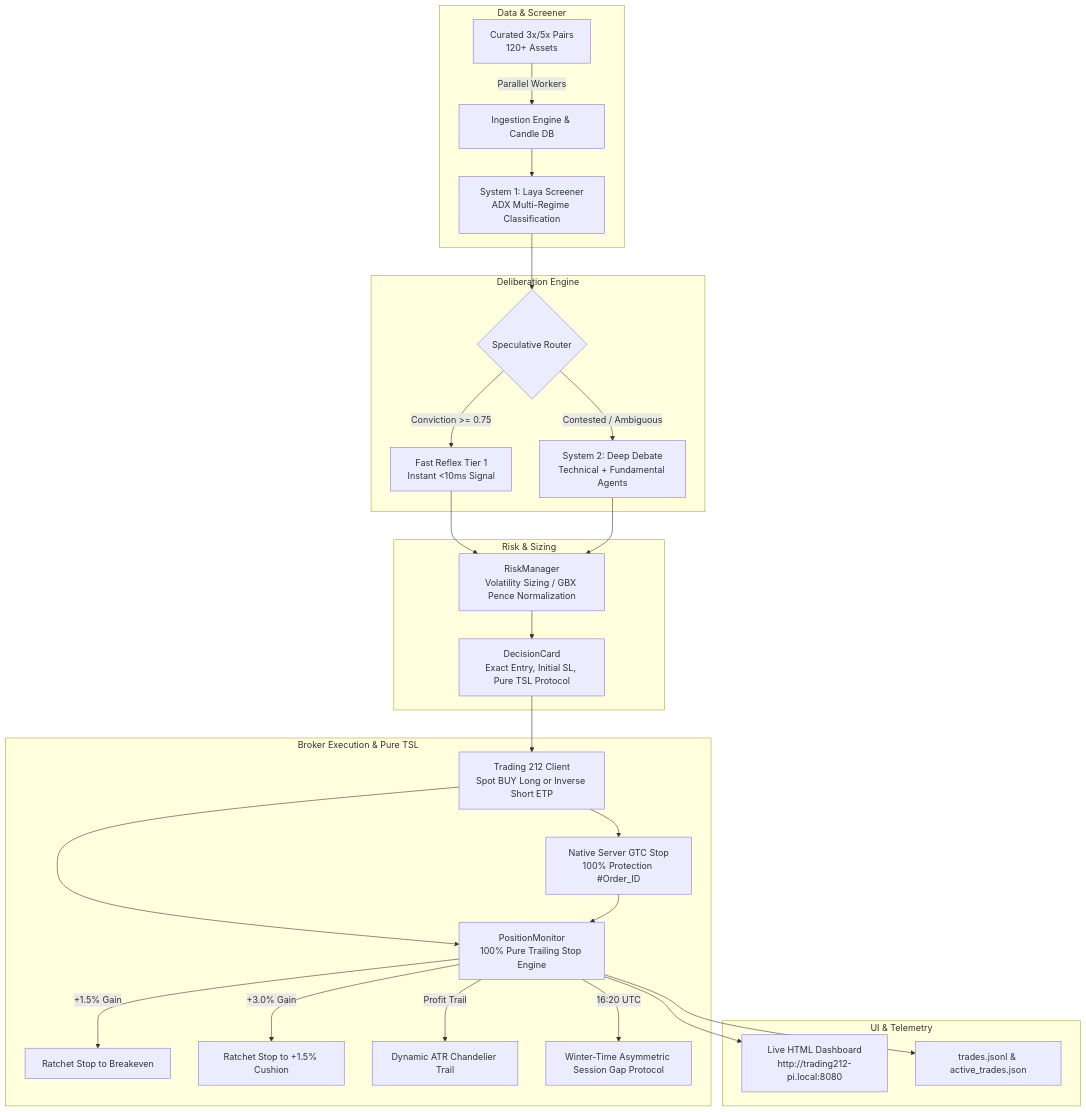
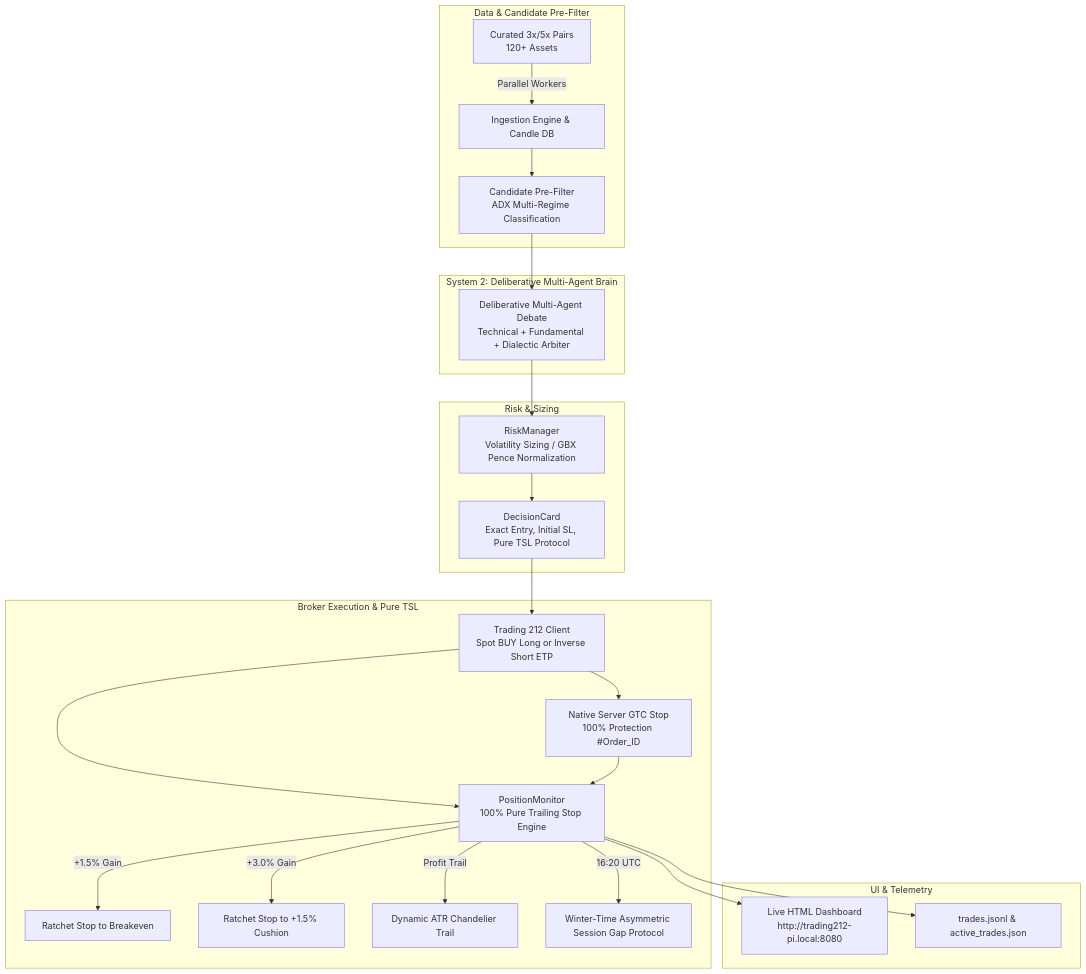
The diagram in README.md (shahpratik1/leverage_t212), drawn with Mermaid before and after one commit. The commit also changed other lines of this file and 10 other files, not shown here.

Commit message:
refactor(architecture): remove System 1 fast reflex bypass in favor of unified System 2 Deliberative Brain

````diff
--- a/README.md
+++ b/README.md
@@ -42,35 +42,32 @@
 ```mermaid
 flowchart TD
-    subgraph Data & Screener
+    subgraph Data & Candidate Pre-Filter
         U[Curated 3x/5x Pairs\n120+ Assets] -->|Parallel Workers| S[Ingestion Engine & Candle DB]
-        S --> L1[System 1: Laya Screener\nADX Multi-Regime Classification]
+        S --> L1[Candidate Pre-Filter\nADX Multi-Regime Classification]
     end
 
-    subgraph Deliberation Engine
-        L1 --> R{Speculative Router}
-        R -->|Conviction >= 0.75| REFLEX[Fast Reflex Tier 1\nInstant <10ms Signal]
-        R -->|Contested / Ambiguous| DEEP[System 2: Deep Debate\nTechnical + Fundamental Agents]
+    subgraph System 2: Deliberative Multi-Agent Brain
+        L1 --> DEEP[Deliberative Multi-Agent Debate\nTechnical + Fundamental + Dialectic Arbiter]
     end
 
     subgraph Risk & Sizing
-        REFLEX --> RISK[RiskManager\nVolatility Sizing / GBX Pence Normalization]
-        DEEP --> RISK
+        DEEP --> RISK[RiskManager\nVolatility Sizing / GBX Pence Normalization]
         RISK --> CARD[DecisionCard\nExact Entry, Initial SL, Pure TSL Protocol]
     end
 
     subgraph Broker Execution & Pure TSL
         CARD --> T212[Trading 212 Client\nSpot BUY Long or Inverse Short ETP]
         T212 --> STOP[Native Server GTC Stop\n100% Protection #Order_ID]
         T212 --> MON[PositionMonitor\n100% Pure Trailing Stop Engine]
         STOP --> MON
         MON -->|+1.5% Gain| BE[Ratchet Stop to Breakeven]
         MON -->|+3.0% Gain| CUSH[Ratchet Stop to +1.5% Cushion]
         MON -->|Profit Trail| ATR[Dynamic ATR Chandelier Trail]
         MON -->|16:20 UTC| ASYM[Winter-Time Asymmetric Session Gap Protocol]
     end
 
     subgraph UI & Telemetry
         MON --> DASH[Live HTML Dashboard\nhttp://trading212-pi.local:8080]
         MON --> LOGS[trades.jsonl & active_trades.json]
     end
 ```
````
